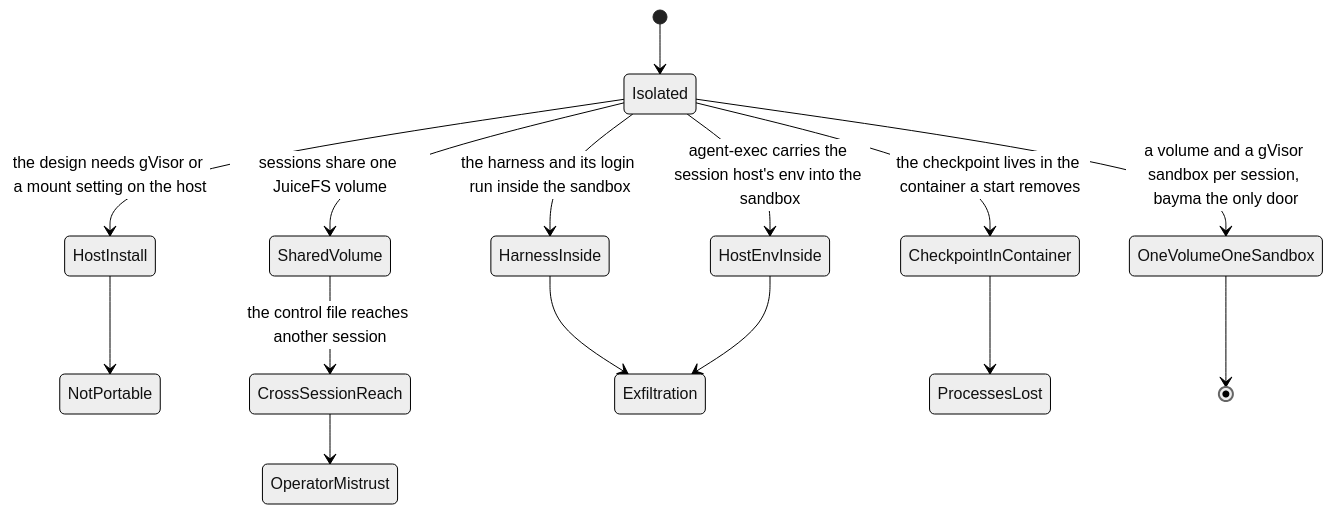
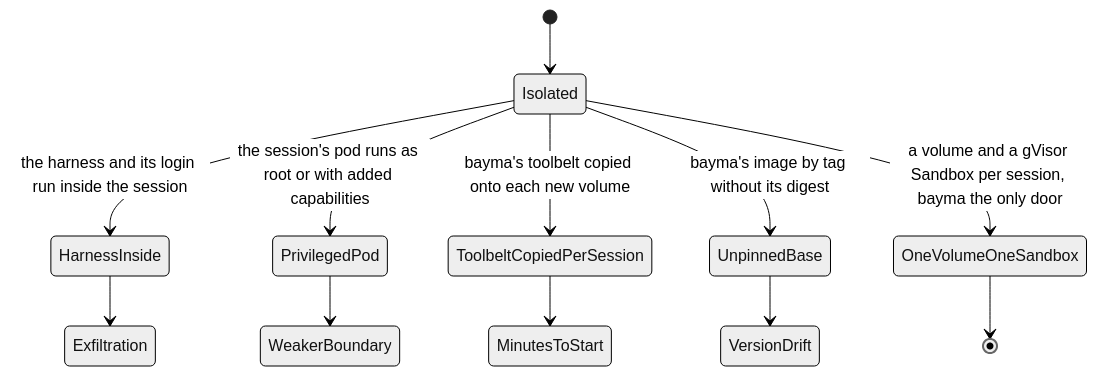
One commit to eaucoin/alasio changed the third of 3 diagrams in sandbox/README.md. Above: the diagram before and after it, drawn with Mermaid (neutral theme). The commit also changed other lines of this file and 37 other files, not shown here.

First line of the commit message:
Document alasio on Kubernetes, and fit its end-to-end run on CI's runners

````diff
--- a/sandbox/README.md
+++ b/sandbox/README.md
@@ -49,17 +38,14 @@
 ```mermaid
 stateDiagram-v2
   [*] --> Isolated
-  Isolated --> HostInstall: the design needs gVisor or a mount setting on the host
-  HostInstall --> NotPortable
-  Isolated --> SharedVolume: sessions share one JuiceFS volume
-  SharedVolume --> CrossSessionReach: the control file reaches another session
-  CrossSessionReach --> OperatorMistrust
-  Isolated --> HarnessInside: the harness and its login run inside the sandbox
+  Isolated --> HarnessInside: the harness and its login run inside the session
   HarnessInside --> Exfiltration
-  Isolated --> HostEnvInside: agent-exec carries the session host's env into the sandbox
-  HostEnvInside --> Exfiltration
-  Isolated --> CheckpointInContainer: the checkpoint lives in the container a start removes
-  CheckpointInContainer --> ProcessesLost
-  Isolated --> OneVolumeOneSandbox: a volume and a gVisor sandbox per session, bayma the only door
+  Isolated --> PrivilegedPod: the session's pod runs as root or with added capabilities
+  PrivilegedPod --> WeakerBoundary
+  Isolated --> ToolbeltCopiedPerSession: bayma's toolbelt copied onto each new volume
+  ToolbeltCopiedPerSession --> MinutesToStart
+  Isolated --> UnpinnedBase: bayma's image by tag without its digest
+  UnpinnedBase --> VersionDrift
+  Isolated --> OneVolumeOneSandbox: a volume and a gVisor Sandbox per session, bayma the only door
   OneVolumeOneSandbox --> [*]
 ```
````
